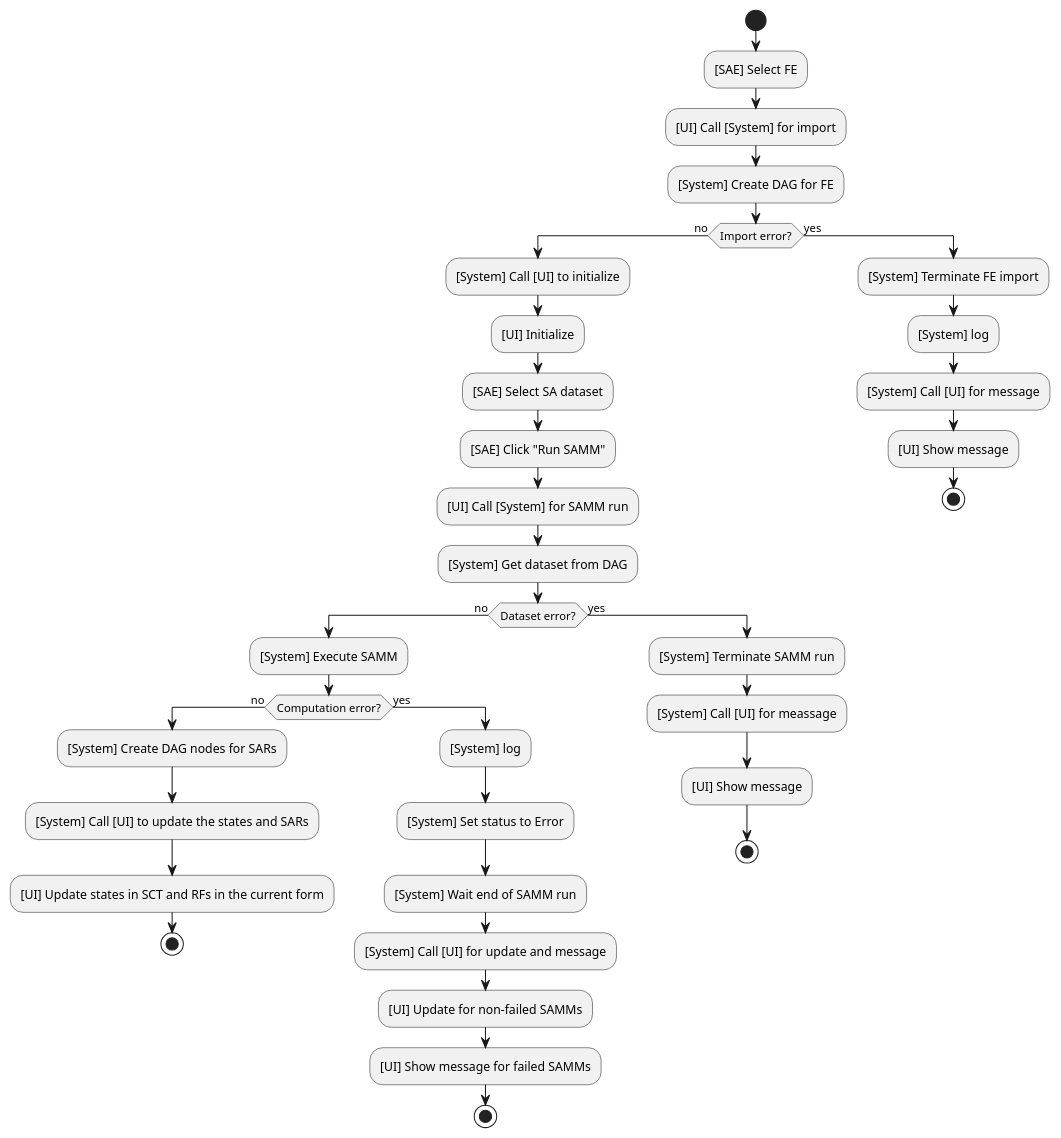
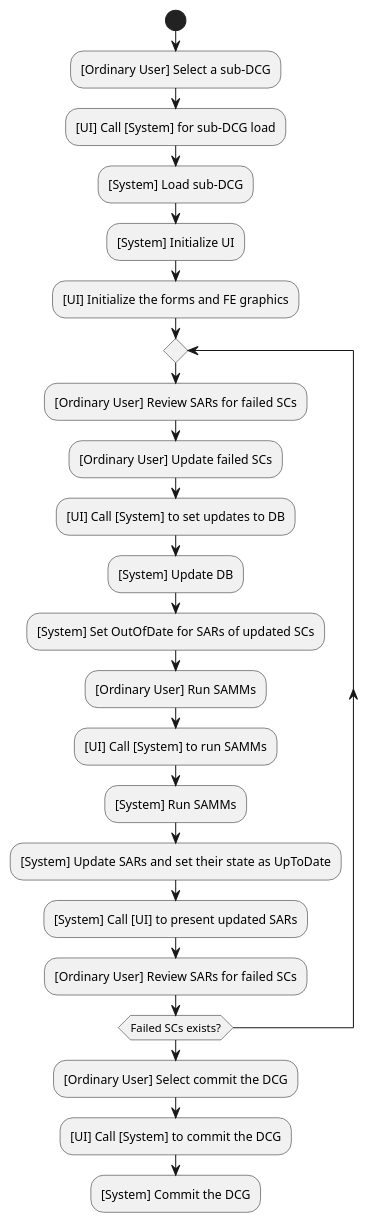
Before and after one commit to BarisAlbayrakIEEE/StructuralAnalysis: the diagram in uml/use_case_diagram_2.puml, drawn with PlantUML. The commit also changed 3 other files, not shown here.

```diff
--- a/uml/use_case_diagram_2.puml
+++ b/uml/use_case_diagram_2.puml
@@ -1,51 +1,28 @@
-@startuml use_case_diagram
+@startuml use_case_diagram_2
 
 start
-:[SAE] Select FE;
-:[UI] Call [System] for import;
-:[System] Create DAG for FE;
+:[Ordinary User] Select a sub-DCG;
+:[UI] Call [System] for sub-DCG load;
+:[System] Load sub-DCG;
+:[System] Initialize UI;
+:[UI] Initialize the forms and FE graphics;
 
-if (Import error?) then (no)
-  :[System] Call [UI] to initialize;
-  :[UI] Initialize;
-  :[SAE] Select SA dataset;
-  :[SAE] Click "Run SAMM";
-  :[UI] Call [System] for SAMM run;
-  :[System] Get dataset from DAG;
+repeat
+  :[Ordinary User] Review SARs for failed SCs;
+  :[Ordinary User] Update failed SCs;
+  :[UI] Call [System] to set updates to DB;
+  :[System] Update DB;
+  :[System] Set OutOfDate for SARs of updated SCs;
+  :[Ordinary User] Run SAMMs;
+  :[UI] Call [System] to run SAMMs;
+  :[System] Run SAMMs;
+  :[System] Update SARs and set their state as UpToDate;
+  :[System] Call [UI] to present updated SARs;
+  :[Ordinary User] Review SARs for failed SCs;
+repeat while (Failed SCs exists?)
 
-  if (Dataset error?) then (no)
-    :[System] Execute SAMM;
-
-    if (Computation error?) then (no)
-      :[System] Create DAG nodes for SARs;
-      :[System] Call [UI] to update the states and SARs;
-      :[UI] Update states in SCT and RFs in the current form;
-
-      stop;
-    else (yes)
-      :[System] log;
-      :[System] Set status to Error;
-      :[System] Wait end of SAMM run;
-      :[System] Call [UI] for update and message;
-      :[UI] Update for non-failed SAMMs;
-      :[UI] Show message for failed SAMMs;
-
-      stop;
-    endif
-  else (yes)
-    :[System] Terminate SAMM run;
-    :[System] Call [UI] for meassage;
-    :[UI] Show message;
-
-    stop;
-  endif
-else (yes)
-  :[System] Terminate FE import;
-  :[System] log;
-  :[System] Call [UI] for message;
-  :[UI] Show message;
-
-  stop;
-endif
+:[Ordinary User] Select commit the DCG;
+:[UI] Call [System] to commit the DCG;
+:[System] Commit the DCG;
 
 @enduml
```
